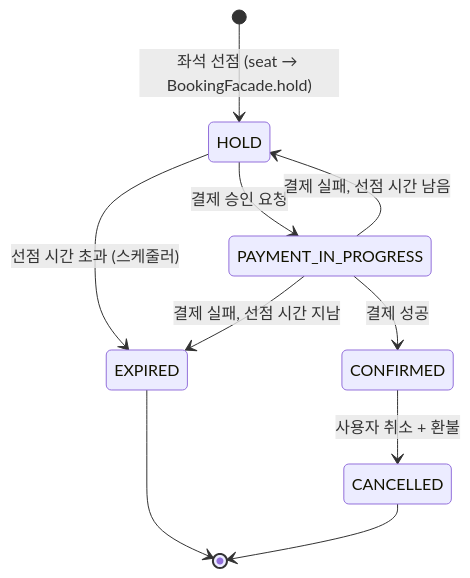
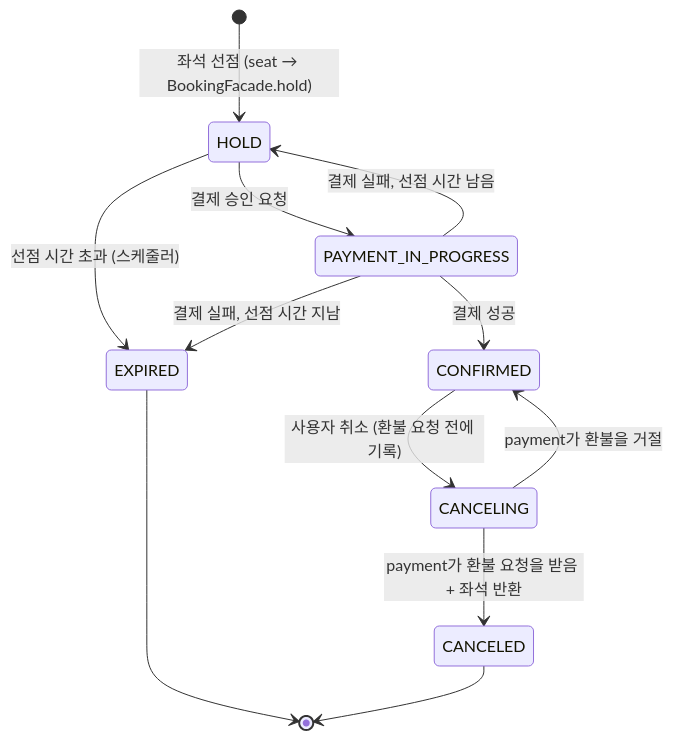
The diagram in docs/reservation/orchestration.md (Good-Ticket-Service/ticket), drawn with Mermaid before and after one commit. The commit also changed other lines of this file and 1 other file, not shown here.

````diff
--- a/docs/reservation/orchestration.md
+++ b/docs/reservation/orchestration.md
@@ -109,12 +112,14 @@
 ```mermaid
 stateDiagram-v2
     [*] --> HOLD: 좌석 선점 (seat → BookingFacade.hold)
     HOLD --> PAYMENT_IN_PROGRESS: 결제 승인 요청
     HOLD --> EXPIRED: 선점 시간 초과 (스케줄러)
     PAYMENT_IN_PROGRESS --> CONFIRMED: 결제 성공
     PAYMENT_IN_PROGRESS --> HOLD: 결제 실패, 선점 시간 남음
     PAYMENT_IN_PROGRESS --> EXPIRED: 결제 실패, 선점 시간 지남
-    CONFIRMED --> CANCELLED: 사용자 취소 + 환불
+    CONFIRMED --> CANCELING: 사용자 취소 (환불 요청 전에 기록)
+    CANCELING --> CANCELED: payment가 환불 요청을 받음 + 좌석 반환
+    CANCELING --> CONFIRMED: payment가 환불을 거절
     EXPIRED --> [*]
-    CANCELLED --> [*]
+    CANCELED --> [*]
 ```
````
